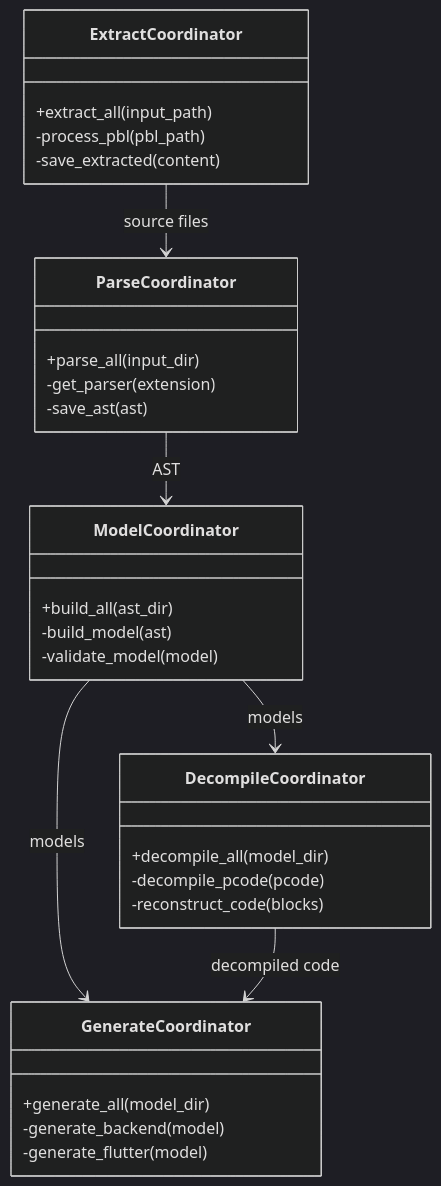
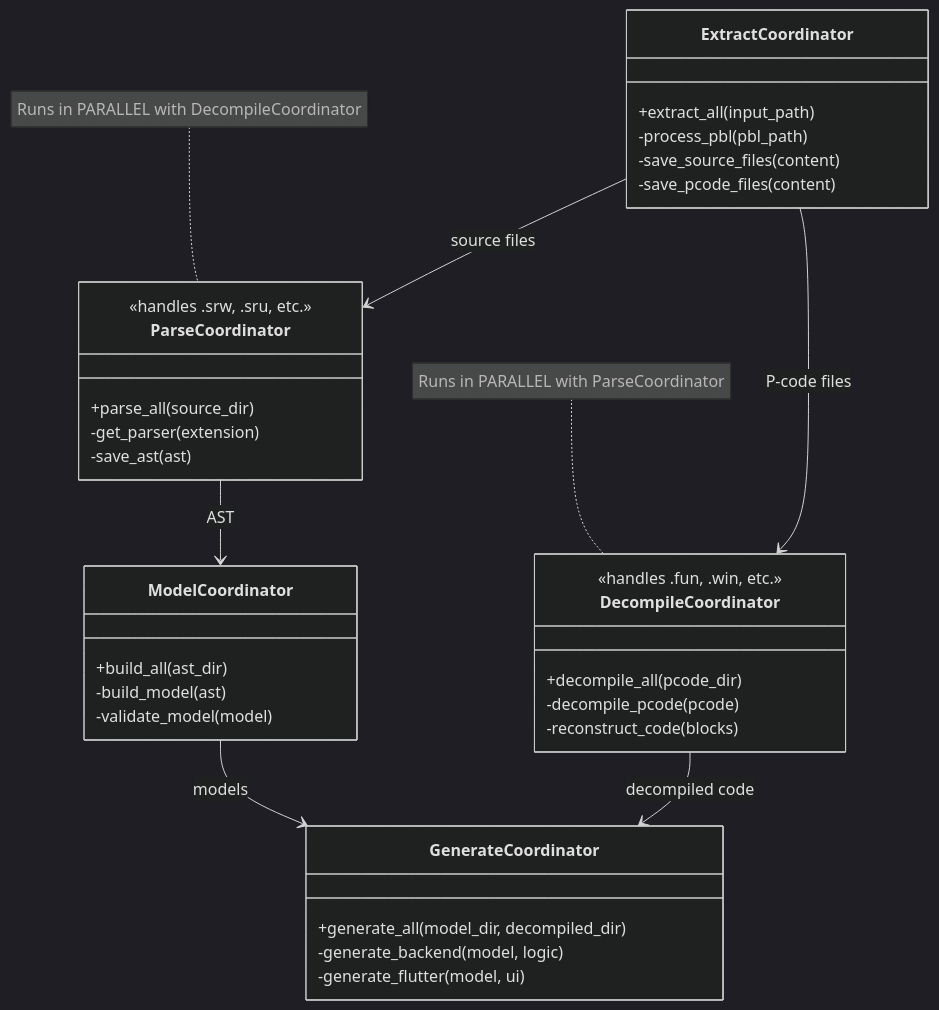
The second of 3 diagrams in docs/ARCHITECTURE.md (renato-bosa/powerrebuilder), drawn with Mermaid (dark theme) before and after one commit. The commit also changed other lines of this file and 10 other files, not shown here.

First line of the commit message:
docs: Clarify parallel pipeline architecture throughout project

````diff
--- a/docs/ARCHITECTURE.md
+++ b/docs/ARCHITECTURE.md
@@ -324,38 +361,44 @@
 ```mermaid
 classDiagram
     class ExtractCoordinator {
         +extract_all(input_path)
         -process_pbl(pbl_path)
-        -save_extracted(content)
+        -save_source_files(content)
+        -save_pcode_files(content)
     }
     
     class ParseCoordinator {
-        +parse_all(input_dir)
+        +parse_all(source_dir)
         -get_parser(extension)
         -save_ast(ast)
+        <<handles .srw, .sru, etc.>>
     }
     
     class ModelCoordinator {
         +build_all(ast_dir)
         -build_model(ast)
         -validate_model(model)
     }
     
     class DecompileCoordinator {
-        +decompile_all(model_dir)
+        +decompile_all(pcode_dir)
         -decompile_pcode(pcode)
         -reconstruct_code(blocks)
+        <<handles .fun, .win, etc.>>
     }
     
     class GenerateCoordinator {
-        +generate_all(model_dir)
-        -generate_backend(model)
-        -generate_flutter(model)
+        +generate_all(model_dir, decompiled_dir)
+        -generate_backend(model, logic)
+        -generate_flutter(model, ui)
     }
     
     ExtractCoordinator --> ParseCoordinator : source files
+    ExtractCoordinator --> DecompileCoordinator : P-code files
     ParseCoordinator --> ModelCoordinator : AST
-    ModelCoordinator --> DecompileCoordinator : models
     ModelCoordinator --> GenerateCoordinator : models
     DecompileCoordinator --> GenerateCoordinator : decompiled code
+    
+    note for ParseCoordinator "Runs in PARALLEL with DecompileCoordinator"
+    note for DecompileCoordinator "Runs in PARALLEL with ParseCoordinator"
 ```
````
